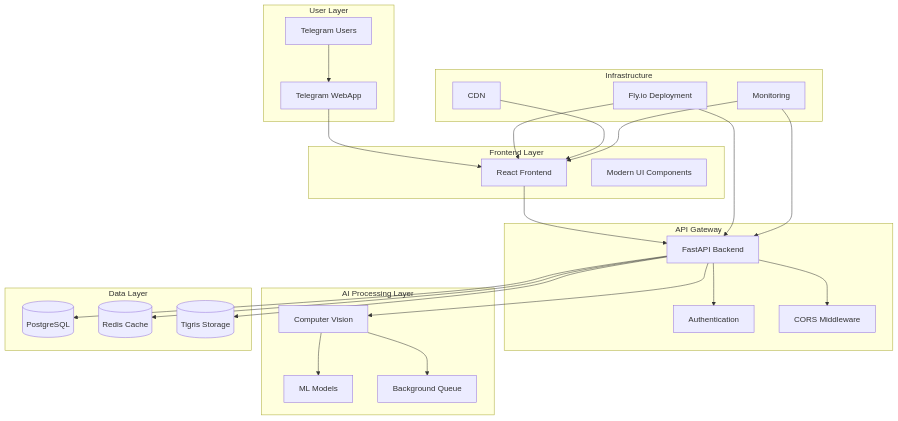
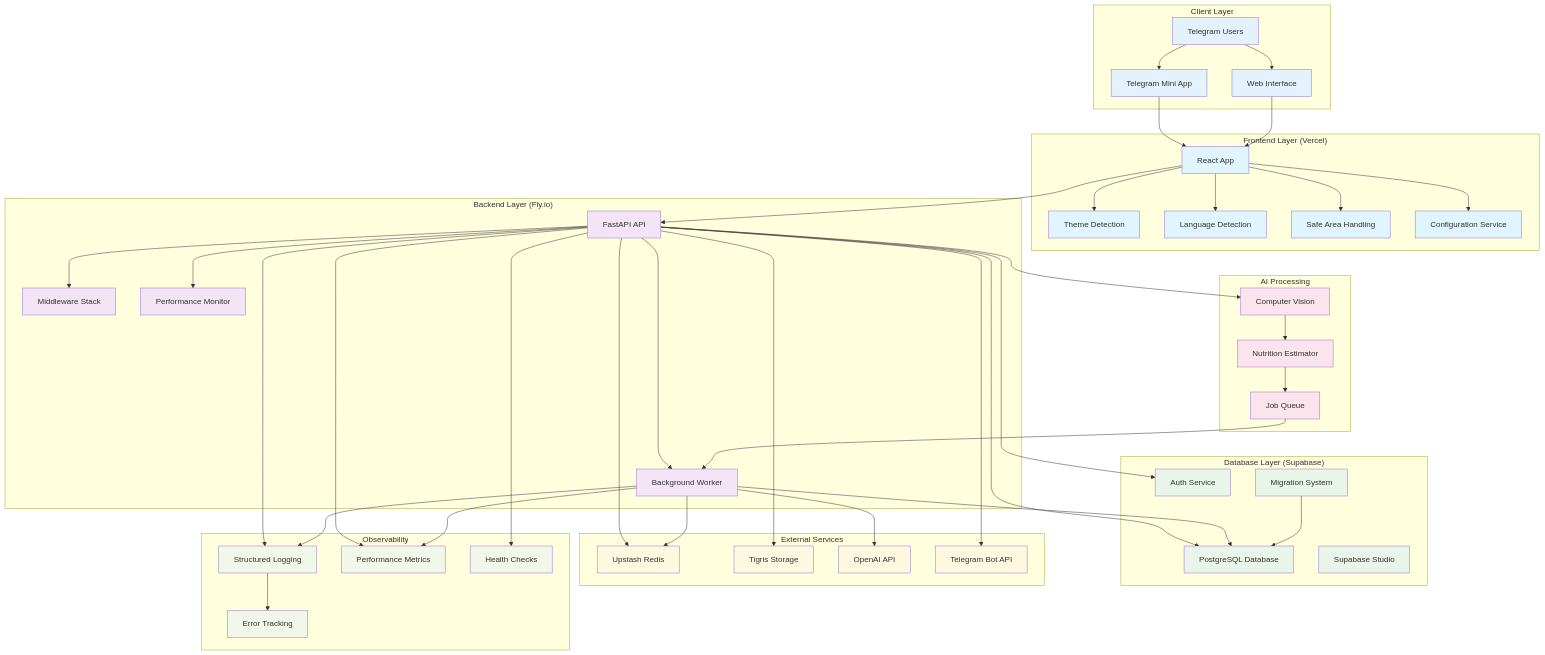
One commit to gofrolist/calorie-track-ai-bot-api changed the first of 13 diagrams in docs/ARCHITECTURE.md. Above: the diagram before and after it, drawn with Mermaid. The commit also changed other lines of this file and 80 other files, not shown here.

````diff
--- a/docs/ARCHITECTURE.md
+++ b/docs/ARCHITECTURE.md
@@ -9,53 +9,114 @@
 ```mermaid
 graph TB
-    subgraph "User Layer"
+    subgraph "Client Layer"
         U[Telegram Users]
-        WA[Telegram WebApp]
+        TG[Telegram Mini App]
+        WEB[Web Interface]
     end
 
-    subgraph "Frontend Layer"
-        FE[React Frontend]
-        UI[Modern UI Components]
+    subgraph "Frontend Layer (Vercel)"
+        FE[React App]
+        THEME[Theme Detection]
+        LANG[Language Detection]
+        SAFE[Safe Area Handling]
+        CONFIG[Configuration Service]
     end
 
-    subgraph "API Gateway"
-        API[FastAPI Backend]
-        AUTH[Authentication]
-        CORS[CORS Middleware]
+    subgraph "Backend Layer (Fly.io)"
+        API[FastAPI API]
+        WORKER[Background Worker]
+        MIDDLEWARE[Middleware Stack]
+        MONITOR[Performance Monitor]
     end
 
-    subgraph "AI Processing Layer"
-        CV[Computer Vision]
-        ML[ML Models]
-        QUEUE[Background Queue]
+    subgraph "Database Layer (Supabase)"
+        DB[PostgreSQL Database]
+        STUDIO[Supabase Studio]
+        AUTH_DB[Auth Service]
+        MIGRATIONS[Migration System]
     end
 
-    subgraph "Data Layer"
-        DB[(PostgreSQL)]
-        REDIS[(Redis Cache)]
-        S3[(Tigris Storage)]
+    subgraph "External Services"
+        REDIS[Upstash Redis]
+        S3[Tigris Storage]
+        OPENAI[OpenAI API]
+        BOT_API[Telegram Bot API]
     end
 
-    subgraph "Infrastructure"
-        FLY[Fly.io Deployment]
-        CDN[CDN]
-        MONITOR[Monitoring]
+    subgraph "AI Processing"
+        CV[Computer Vision]
+        ESTIMATOR[Nutrition Estimator]
+        QUEUE[Job Queue]
     end
 
-    U --> WA
-    WA --> FE
+    subgraph "Observability"
+        LOGS[Structured Logging]
+        METRICS[Performance Metrics]
+        HEALTH[Health Checks]
+        ALERTS[Error Tracking]
+    end
+
+    %% User interactions
+    U --> TG
+    U --> WEB
+    TG --> FE
+    WEB --> FE
+
+    %% Frontend services
+    FE --> THEME
+    FE --> LANG
+    FE --> SAFE
+    FE --> CONFIG
+
+    %% Frontend to backend
     FE --> API
-    API --> AUTH
-    API --> CORS
-    API --> CV
-    CV --> ML
-    CV --> QUEUE
+
+    %% Backend services
+    API --> MIDDLEWARE
+    API --> MONITOR
+    API --> WORKER
+
+    %% Database connections
     API --> DB
+    API --> AUTH_DB
+    WORKER --> DB
+    MIGRATIONS --> DB
+
+    %% External service connections
     API --> REDIS
     API --> S3
-    FLY --> API
-    FLY --> FE
-    CDN --> FE
-    MONITOR --> API
-    MONITOR --> FE
+    API --> BOT_API
+    WORKER --> REDIS
+    WORKER --> OPENAI
+
+    %% AI processing
+    API --> CV
+    CV --> ESTIMATOR
+    ESTIMATOR --> QUEUE
+    QUEUE --> WORKER
+
+    %% Observability
+    API --> LOGS
+    WORKER --> LOGS
+    API --> METRICS
+    WORKER --> METRICS
+    API --> HEALTH
+    LOGS --> ALERTS
+
+    %% Styling
+    classDef client fill:#e3f2fd
+    classDef frontend fill:#e1f5fe
+    classDef backend fill:#f3e5f5
+    classDef database fill:#e8f5e8
+    classDef external fill:#fff8e1
+    classDef ai fill:#fce4ec
+    classDef observability fill:#f1f8e9
+
+    class U,TG,WEB client
+    class FE,THEME,LANG,SAFE,CONFIG frontend
+    class API,WORKER,MIDDLEWARE,MONITOR backend
+    class DB,STUDIO,AUTH_DB,MIGRATIONS database
+    class REDIS,S3,OPENAI,BOT_API external
+    class CV,ESTIMATOR,QUEUE ai
+    class LOGS,METRICS,HEALTH,ALERTS observability
 ```
````
